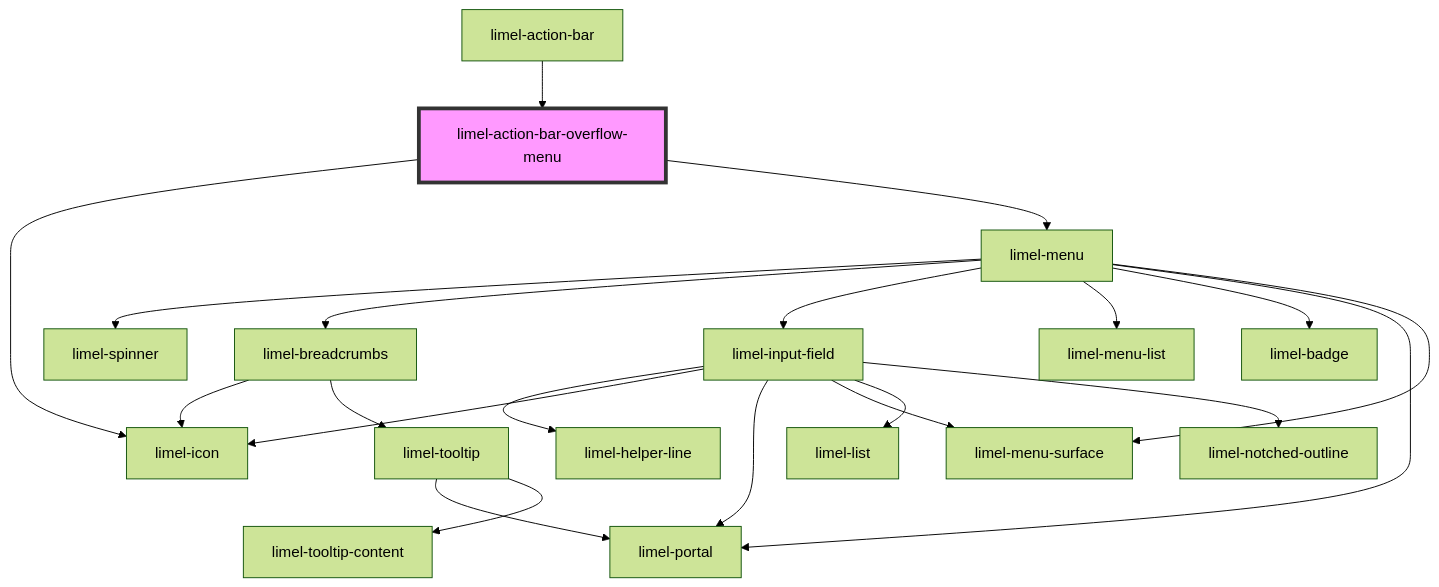
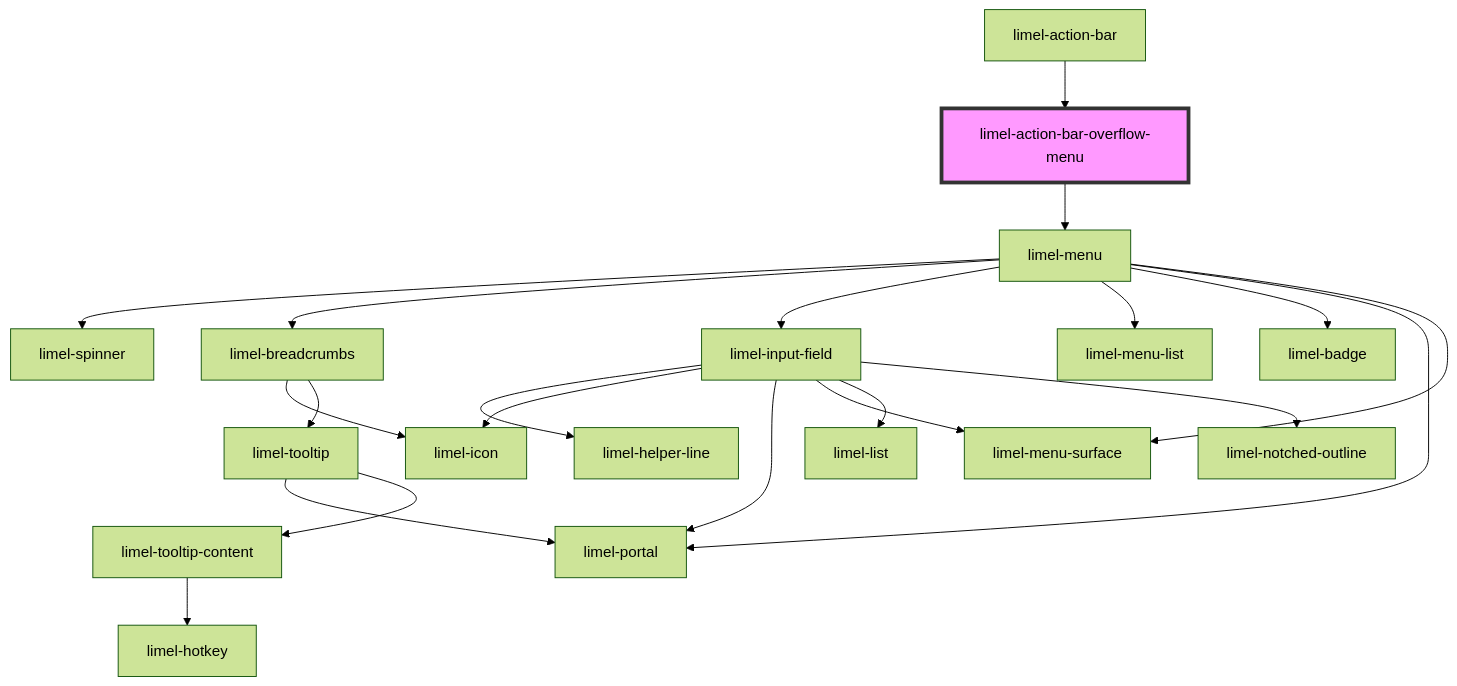
Before and after one commit to Lundalogik/lime-elements: the diagram in versions/PR-3778/markdown-docs/components/action-bar/action-bar-item/readme.md, drawn with Mermaid (forest theme). The commit also changed other lines of this file and 773 other files, not shown here.

````diff
--- a/versions/PR-3778/markdown-docs/components/action-bar/action-bar-item/readme.md
+++ b/versions/PR-3778/markdown-docs/components/action-bar/action-bar-item/readme.md
@@ -33,24 +31,24 @@
 ```mermaid
 graph TD;
-  limel-action-bar-overflow-menu --> limel-icon
   limel-action-bar-overflow-menu --> limel-menu
   limel-menu --> limel-spinner
   limel-menu --> limel-breadcrumbs
   limel-menu --> limel-input-field
   limel-menu --> limel-menu-list
   limel-menu --> limel-badge
   limel-menu --> limel-portal
   limel-menu --> limel-menu-surface
   limel-breadcrumbs --> limel-icon
   limel-breadcrumbs --> limel-tooltip
   limel-tooltip --> limel-portal
   limel-tooltip --> limel-tooltip-content
+  limel-tooltip-content --> limel-hotkey
   limel-input-field --> limel-helper-line
   limel-input-field --> limel-icon
   limel-input-field --> limel-portal
   limel-input-field --> limel-menu-surface
   limel-input-field --> limel-list
   limel-input-field --> limel-notched-outline
   limel-action-bar --> limel-action-bar-overflow-menu
   style limel-action-bar-overflow-menu fill:#f9f,stroke:#333,stroke-width:4px
 ```
````
